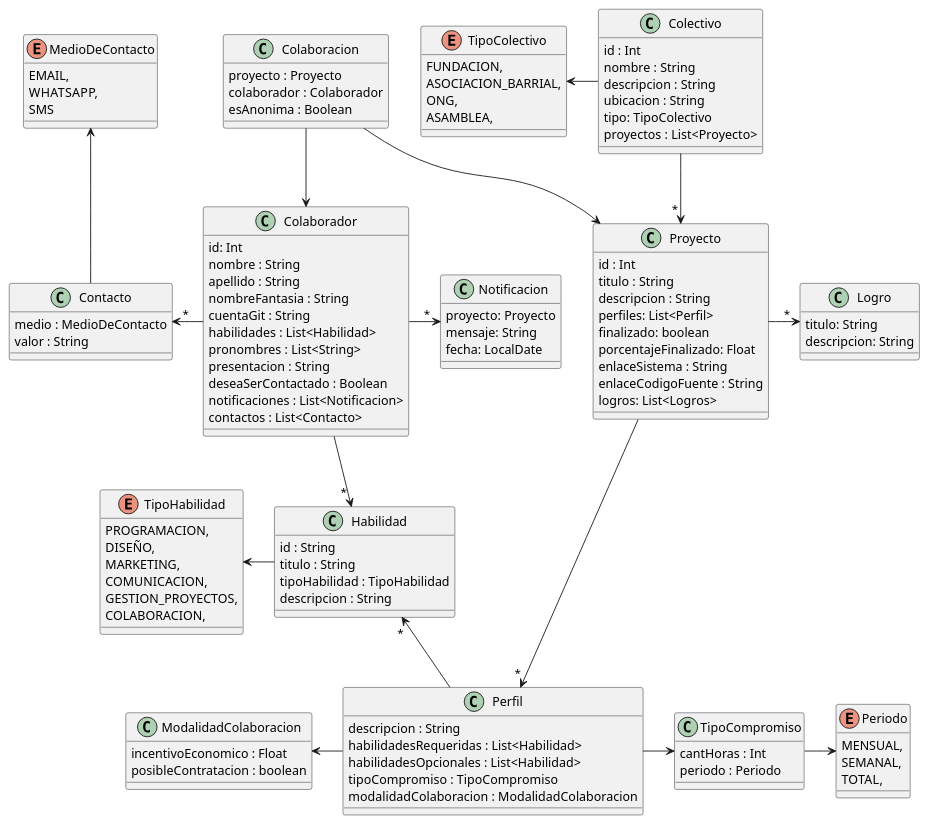
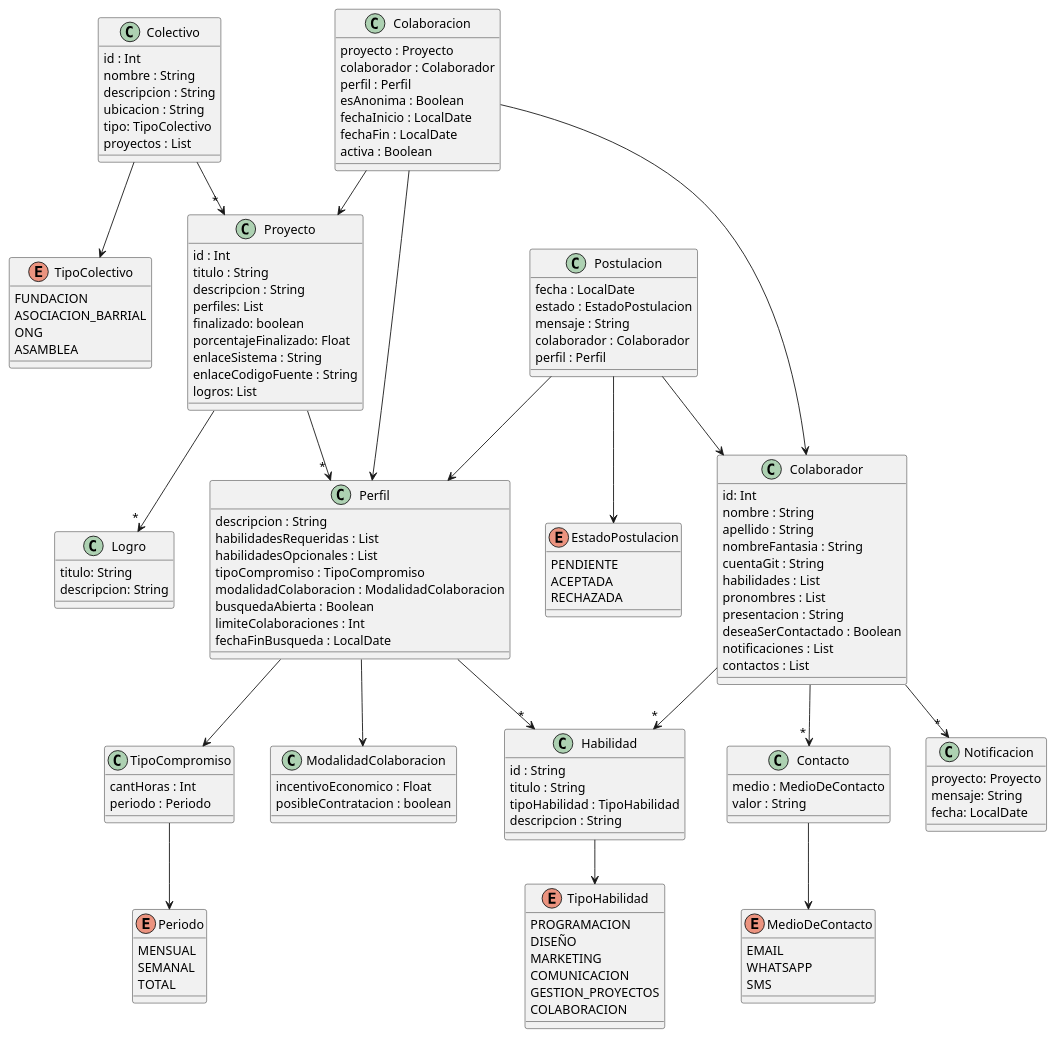
Before and after one commit to luchoetapia/tp_ddso_grupo_4: the diagram in diagramaDeClases.puml, drawn with PlantUML.

Commit message:
Diagrama actualizado

```diff
--- a/diagramaDeClases.puml
+++ b/diagramaDeClases.puml
@@ -1,138 +1,196 @@
 @startuml
+skinparam nodesep 40
+skinparam ranksep 50
 
+' Nivel 1: Organización
 class Colectivo {
-id : Int
-nombre : String
-descripcion : String
-ubicacion : String
-tipo: TipoColectivo
-proyectos : List<Proyecto>
+  id : Int
+  nombre : String
+  descripcion : String
+  ubicacion : String
+  tipo: TipoColectivo
+  proyectos : List
 }
 
-'(Fran): Aca sacaría el finalizado y le dejearía el porcentaje solo.
+' Nivel 2: Proyecto
 class Proyecto {
-id : Int 
-titulo : String
-descripcion : String
-perfiles: List<Perfil>
-finalizado: boolean
-porcentajeFinalizado: Float
-enlaceSistema : String
-enlaceCodigoFuente : String
-logros: List<Logros>
+  id : Int
+  titulo : String
+  descripcion : String
+  perfiles: List
+  finalizado: boolean
+  porcentajeFinalizado: Float
+  enlaceSistema : String
+  enlaceCodigoFuente : String
+  logros: List
 }
 
-'(Fran): No estoy seguro que mas agregarle a los logros, consultar.
 class Logro {
-titulo: String
-descripcion: String
+  titulo: String
+  descripcion: String
 }
 
+' Nivel 3: Perfil
 class Perfil {
-descripcion : String
-habilidadesRequeridas : List<Habilidad>
-habilidadesOpcionales : List<Habilidad>
-tipoCompromiso : TipoCompromiso
-modalidadColaboracion : ModalidadColaboracion
+  descripcion : String
+  habilidadesRequeridas : List
+  habilidadesOpcionales : List
+  tipoCompromiso : TipoCompromiso
+  modalidadColaboracion : ModalidadColaboracion
+  busquedaAbierta : Boolean
+  limiteColaboraciones : Int
+  fechaFinBusqueda : LocalDate
 }
 
 class TipoCompromiso {
-cantHoras : Int
-periodo : Periodo
+  cantHoras : Int
+  periodo : Periodo
 }
 
-' Cambio el id a String, porque el enunciado dice que es el titulo normalizado.
-class Habilidad {
-id : String
-titulo : String
-tipoHabilidad : TipoHabilidad
-descripcion : String
+class ModalidadColaboracion {
+  incentivoEconomico : Float
+  posibleContratacion : boolean
 }
 
-class Colaborador{
-id: Int
-nombre : String
-apellido : String
-nombreFantasia : String
-cuentaGit : String
-habilidades : List<Habilidad>
-pronombres : List<String>
-presentacion : String
-deseaSerContactado : Boolean
-notificaciones : List<Notificacion>
-contactos : List<Contacto>
+' Nivel 4: Flujos (Postulación y Colaboración)
+class Postulacion {
+  fecha : LocalDate
+  estado : EstadoPostulacion
+  mensaje : String
+  colaborador : Colaborador
+  perfil : Perfil
+}
+
+class Colaboracion {
+  proyecto : Proyecto
+  colaborador : Colaborador
+  perfil : Perfil
+  esAnonima : Boolean
+  fechaInicio : LocalDate
+  fechaFin : LocalDate
+  activa : Boolean
+}
+
+' Nivel 5: Actor y Habilidad
+class Colaborador {
+  id: Int
+  nombre : String
+  apellido : String
+  nombreFantasia : String
+  cuentaGit : String
+  habilidades : List
+  pronombres : List
+  presentacion : String
+  deseaSerContactado : Boolean
+  notificaciones : List
+  contactos : List
+}
+
+class Habilidad {
+  id : String
+  titulo : String
+  tipoHabilidad : TipoHabilidad
+  descripcion : String
 }
 
 class Contacto {
-medio : MedioDeContacto
-valor : String
+  medio : MedioDeContacto
+  valor : String
+}
+
+class Notificacion {
+  proyecto: Proyecto
+  mensaje: String
+  fecha: LocalDate
+}
+
+
+enum TipoColectivo {
+  FUNDACION
+  ASOCIACION_BARRIAL
+  ONG
+  ASAMBLEA
+}
+
+enum EstadoPostulacion {
+  PENDIENTE
+  ACEPTADA
+  RECHAZADA
+}
+
+enum Periodo {
+  MENSUAL
+  SEMANAL
+  TOTAL
 }
 
 enum MedioDeContacto {
-EMAIL,
-WHATSAPP,
-SMS
-}
-
-class Notificacion {
-proyecto: Proyecto
-mensaje: String
-fecha: LocalDate
-}
-
-class Colaboracion {
-proyecto : Proyecto
-colaborador : Colaborador
-esAnonima : Boolean
-}
-
-class ModalidadColaboracion {
-incentivoEconomico : Float
-posibleContratacion : boolean
-}
-
-enum TipoColectivo {
-FUNDACION, 
-ASOCIACION_BARRIAL, 
-ONG, 
-ASAMBLEA,
-}
-
-enum Periodo {
-MENSUAL, 
-SEMANAL, 
-TOTAL,
+  EMAIL
+  WHATSAPP
+  SMS
 }
 
 enum TipoHabilidad {
-PROGRAMACION, 
-DISEÑO, 
-MARKETING, 
-COMUNICACION, 
-GESTION_PROYECTOS, 
-COLABORACION,
+  PROGRAMACION
+  DISEÑO
+  MARKETING
+  COMUNICACION
+  GESTION_PROYECTOS
+  COLABORACION
 }
 
-Colectivo -d-> " * " Proyecto
-Colectivo -l-> TipoColectivo
+together {
+  class Colectivo
+  enum TipoColectivo
+}
 
-Proyecto -d-> " * " Perfil
-Proyecto -> " * " Logro
+together {
+  class Proyecto
+  class Logro
+}
 
-Perfil -r-> TipoCompromiso
-Perfil -l-> ModalidadColaboracion
-Perfil -u-> " * " Habilidad
+together {
+  class Perfil
+  class TipoCompromiso
+  class ModalidadColaboracion
+}
 
-Colaboracion -d-> Proyecto
+together {
+  class Postulacion
+  class Colaboracion
+  enum EstadoPostulacion
+}
 
-Colaborador <-u- Colaboracion
-Colaborador -d-> " * " Habilidad
-Colaborador -l-> " * " Contacto
-Colaborador -> " * " Notificacion
+together {
+  class Colaborador
+  class Habilidad
+  class Contacto
+  class Notificacion
+}
 
-Contacto -u-> MedioDeContacto
+Colectivo --> TipoColectivo
+Colectivo --> " * " Proyecto
+Proyecto --> " * " Logro
+Proyecto --> " * " Perfil
 
-TipoCompromiso -r-> Periodo
+Perfil --> TipoCompromiso
+Perfil --> ModalidadColaboracion
+Perfil --> " * " Habilidad
+TipoCompromiso --> Periodo
 
-Habilidad -l-> TipoHabilidad
+Postulacion --> Perfil
+Postulacion --> EstadoPostulacion
+Postulacion --> Colaborador
+
+Colaboracion --> Proyecto
+Colaboracion --> Perfil
+Colaboracion --> Colaborador
+
+Colaborador --> " * " Habilidad
+Colaborador --> " * " Contacto
+Colaborador --> " * " Notificacion
+
+Habilidad --> TipoHabilidad
+Contacto --> MedioDeContacto
+
 @enduml
```
